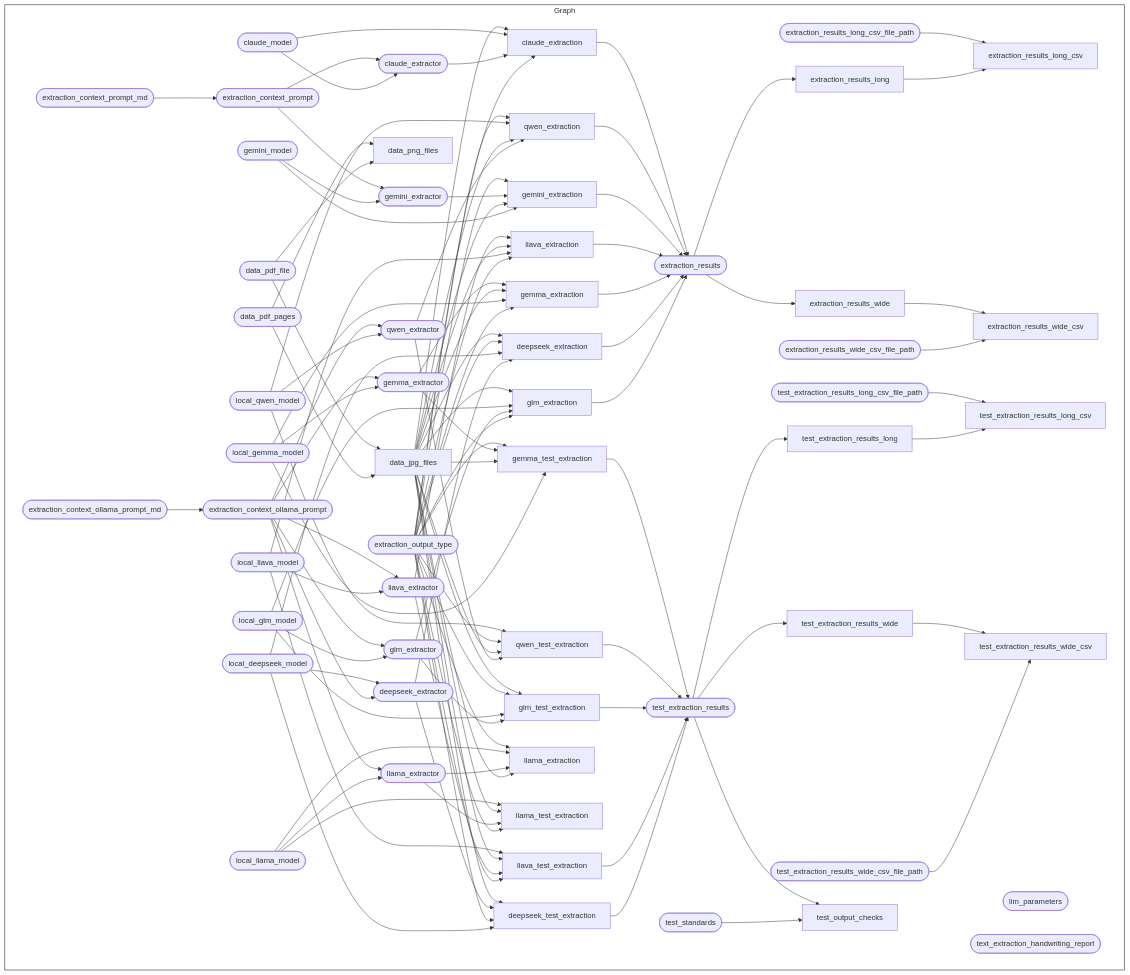
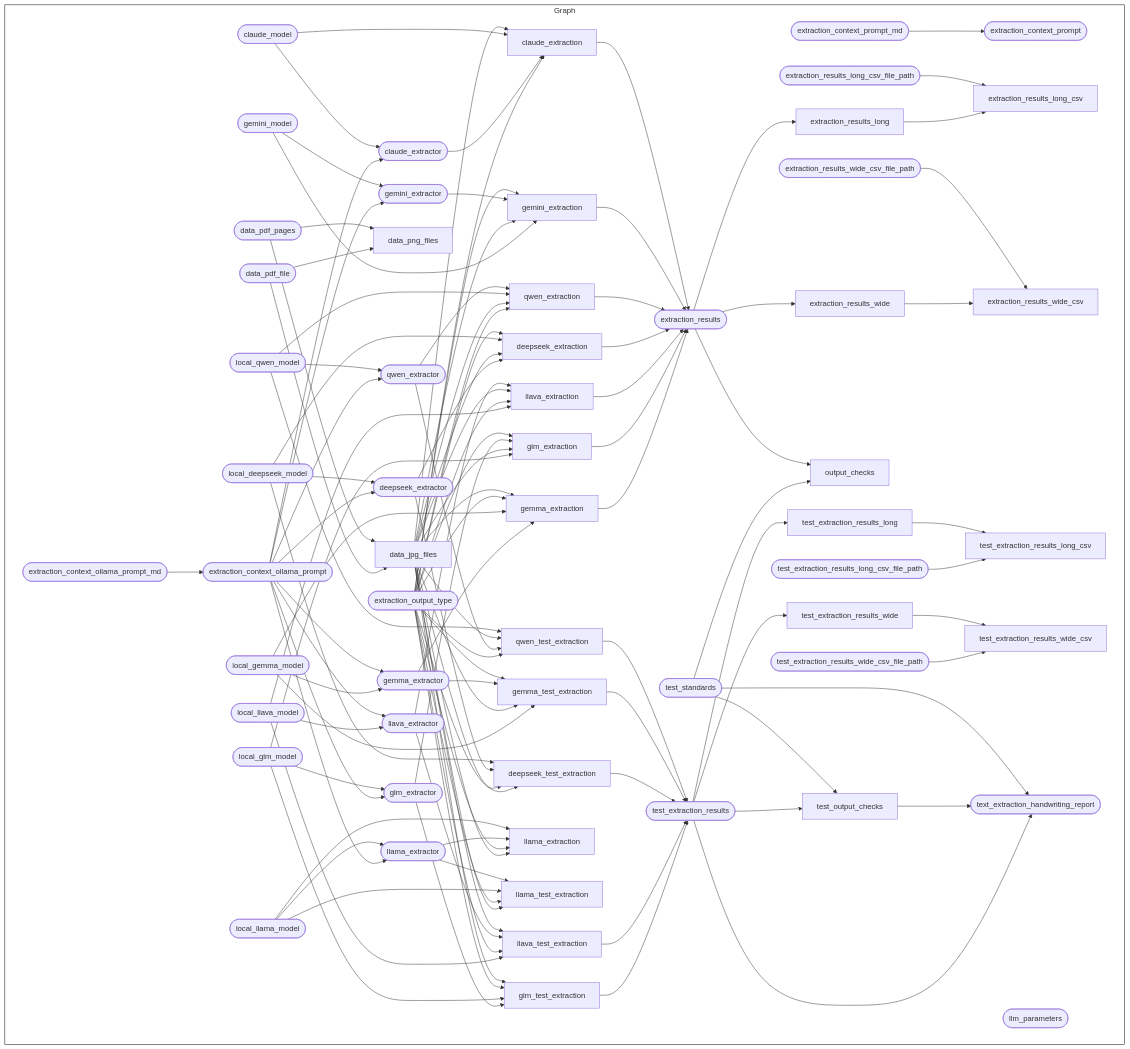
Before and after one commit to OxfordIHTM/computer-vision-demo: the diagram in README.md, drawn with Mermaid. The commit also changed other lines of this file and 26 other files, not shown here.

````diff
--- a/README.md
+++ b/README.md
@@ -289,107 +290,111 @@
     x39d4d013227f0dc3(["claude_model"]):::queued --> xbf558aaf2fd08c0e["claude_extraction"]:::queued
     x35a7fe2b14fea884(["claude_extractor"]):::queued --> xbf558aaf2fd08c0e["claude_extraction"]:::queued
     x487a49d42720222c(["extraction_output_type"]):::skipped --> xbf558aaf2fd08c0e["claude_extraction"]:::queued
-    x982a35c892e245ee(["extraction_context_prompt"]):::queued --> x35a7fe2b14fea884(["claude_extractor"]):::queued
     x39d4d013227f0dc3(["claude_model"]):::queued --> x35a7fe2b14fea884(["claude_extractor"]):::queued
+    xd80b74a2359c73d0(["extraction_context_ollama_prompt"]):::completed --> x35a7fe2b14fea884(["claude_extractor"]):::queued
+    xe79485d2cbaf929c(["data_pdf_pages"]):::skipped --> xcde58b2bce8a2260["data_jpg_files"]:::skipped
     xf64c2f26e3ae28ce(["data_pdf_file"]):::skipped --> xcde58b2bce8a2260["data_jpg_files"]:::skipped
-    xe79485d2cbaf929c(["data_pdf_pages"]):::skipped --> xcde58b2bce8a2260["data_jpg_files"]:::skipped
     xe79485d2cbaf929c(["data_pdf_pages"]):::skipped --> x6fd840ed377697c4["data_png_files"]:::queued
     xf64c2f26e3ae28ce(["data_pdf_file"]):::skipped --> x6fd840ed377697c4["data_png_files"]:::queued
-    xcde58b2bce8a2260["data_jpg_files"]:::skipped --> xb9f66fc85a4f1ea1["deepseek_extraction"]:::queued
     x487a49d42720222c(["extraction_output_type"]):::skipped --> xb9f66fc85a4f1ea1["deepseek_extraction"]:::queued
     xb957a37aad5b67c5(["local_deepseek_model"]):::completed --> xb9f66fc85a4f1ea1["deepseek_extraction"]:::queued
+    xcde58b2bce8a2260["data_jpg_files"]:::skipped --> xb9f66fc85a4f1ea1["deepseek_extraction"]:::queued
     xf407d53739ed0632(["deepseek_extractor"]):::skipped --> xb9f66fc85a4f1ea1["deepseek_extraction"]:::queued
     xb957a37aad5b67c5(["local_deepseek_model"]):::completed --> xf407d53739ed0632(["deepseek_extractor"]):::skipped
     xd80b74a2359c73d0(["extraction_context_ollama_prompt"]):::completed --> xf407d53739ed0632(["deepseek_extractor"]):::skipped
+    xb957a37aad5b67c5(["local_deepseek_model"]):::completed --> xe59d676cc895fc8f["deepseek_test_extraction"]:::skipped
+    xf407d53739ed0632(["deepseek_extractor"]):::skipped --> xe59d676cc895fc8f["deepseek_test_extraction"]:::skipped
     xcde58b2bce8a2260["data_jpg_files"]:::skipped --> xe59d676cc895fc8f["deepseek_test_extraction"]:::skipped
-    xf407d53739ed0632(["deepseek_extractor"]):::skipped --> xe59d676cc895fc8f["deepseek_test_extraction"]:::skipped
     x487a49d42720222c(["extraction_output_type"]):::skipped --> xe59d676cc895fc8f["deepseek_test_extraction"]:::skipped
-    xb957a37aad5b67c5(["local_deepseek_model"]):::completed --> xe59d676cc895fc8f["deepseek_test_extraction"]:::skipped
     x19b243cb36860f10(["extraction_context_ollama_prompt_md"]):::completed --> xd80b74a2359c73d0(["extraction_context_ollama_prompt"]):::completed
     xa765f8be0f1473b7(["extraction_context_prompt_md"]):::queued --> x982a35c892e245ee(["extraction_context_prompt"]):::queued
     xbf558aaf2fd08c0e["claude_extraction"]:::queued --> x36a3fb09f48c84c7(["extraction_results"]):::queued
+    xd63226de7dd05e61["gemini_extraction"]:::queued --> x36a3fb09f48c84c7(["extraction_results"]):::queued
     x5548d9f90749db86["qwen_extraction"]:::queued --> x36a3fb09f48c84c7(["extraction_results"]):::queued
-    xd63226de7dd05e61["gemini_extraction"]:::queued --> x36a3fb09f48c84c7(["extraction_results"]):::queued
+    xb9f66fc85a4f1ea1["deepseek_extraction"]:::queued --> x36a3fb09f48c84c7(["extraction_results"]):::queued
     x7d2a167978f3a966["llava_extraction"]:::queued --> x36a3fb09f48c84c7(["extraction_results"]):::queued
+    x16d463649734b662["glm_extraction"]:::queued --> x36a3fb09f48c84c7(["extraction_results"]):::queued
     x2f31c96882d08d36["gemma_extraction"]:::queued --> x36a3fb09f48c84c7(["extraction_results"]):::queued
-    xb9f66fc85a4f1ea1["deepseek_extraction"]:::queued --> x36a3fb09f48c84c7(["extraction_results"]):::queued
-    x16d463649734b662["glm_extraction"]:::queued --> x36a3fb09f48c84c7(["extraction_results"]):::queued
     x36a3fb09f48c84c7(["extraction_results"]):::queued --> x8d0712354e559233["extraction_results_long"]:::queued
     x3d451912683ea77d(["extraction_results_long_csv_file_path"]):::queued --> x15efcf7ece467769["extraction_results_long_csv"]:::queued
     x8d0712354e559233["extraction_results_long"]:::queued --> x15efcf7ece467769["extraction_results_long_csv"]:::queued
     x36a3fb09f48c84c7(["extraction_results"]):::queued --> x5baafa43a9804577["extraction_results_wide"]:::queued
+    xe76ac1fc000cad1c(["extraction_results_wide_csv_file_path"]):::queued --> x50046a33be0cfc05["extraction_results_wide_csv"]:::queued
     x5baafa43a9804577["extraction_results_wide"]:::queued --> x50046a33be0cfc05["extraction_results_wide_csv"]:::queued
-    xe76ac1fc000cad1c(["extraction_results_wide_csv_file_path"]):::queued --> x50046a33be0cfc05["extraction_results_wide_csv"]:::queued
     x487a49d42720222c(["extraction_output_type"]):::skipped --> xd63226de7dd05e61["gemini_extraction"]:::queued
     x8cb7c7e0b9710ea2(["gemini_extractor"]):::queued --> xd63226de7dd05e61["gemini_extraction"]:::queued
     xcde58b2bce8a2260["data_jpg_files"]:::skipped --> xd63226de7dd05e61["gemini_extraction"]:::queued
     x672b0658cd7f304b(["gemini_model"]):::queued --> xd63226de7dd05e61["gemini_extraction"]:::queued
-    x982a35c892e245ee(["extraction_context_prompt"]):::queued --> x8cb7c7e0b9710ea2(["gemini_extractor"]):::queued
     x672b0658cd7f304b(["gemini_model"]):::queued --> x8cb7c7e0b9710ea2(["gemini_extractor"]):::queued
-    xbdacf1efe57d11ba(["gemma_extractor"]):::skipped --> x2f31c96882d08d36["gemma_extraction"]:::queued
+    xd80b74a2359c73d0(["extraction_context_ollama_prompt"]):::completed --> x8cb7c7e0b9710ea2(["gemini_extractor"]):::queued
     xcde58b2bce8a2260["data_jpg_files"]:::skipped --> x2f31c96882d08d36["gemma_extraction"]:::queued
+    x487a49d42720222c(["extraction_output_type"]):::skipped --> x2f31c96882d08d36["gemma_extraction"]:::queued
     xba597cd142706396(["local_gemma_model"]):::completed --> x2f31c96882d08d36["gemma_extraction"]:::queued
-    x487a49d42720222c(["extraction_output_type"]):::skipped --> x2f31c96882d08d36["gemma_extraction"]:::queued
-    xd80b74a2359c73d0(["extraction_context_ollama_prompt"]):::completed --> xbdacf1efe57d11ba(["gemma_extractor"]):::skipped
-    xba597cd142706396(["local_gemma_model"]):::completed --> xbdacf1efe57d11ba(["gemma_extractor"]):::skipped
-    x487a49d42720222c(["extraction_output_type"]):::skipped --> x883eafa12b623704["gemma_test_extraction"]:::skipped
-    xbdacf1efe57d11ba(["gemma_extractor"]):::skipped --> x883eafa12b623704["gemma_test_extraction"]:::skipped
-    xcde58b2bce8a2260["data_jpg_files"]:::skipped --> x883eafa12b623704["gemma_test_extraction"]:::skipped
-    xba597cd142706396(["local_gemma_model"]):::completed --> x883eafa12b623704["gemma_test_extraction"]:::skipped
+    xbdacf1efe57d11ba(["gemma_extractor"]):::completed --> x2f31c96882d08d36["gemma_extraction"]:::queued
+    xd80b74a2359c73d0(["extraction_context_ollama_prompt"]):::completed --> xbdacf1efe57d11ba(["gemma_extractor"]):::completed
+    xba597cd142706396(["local_gemma_model"]):::completed --> xbdacf1efe57d11ba(["gemma_extractor"]):::completed
+    x487a49d42720222c(["extraction_output_type"]):::skipped --> x883eafa12b623704["gemma_test_extraction"]:::completed
+    xbdacf1efe57d11ba(["gemma_extractor"]):::completed --> x883eafa12b623704["gemma_test_extraction"]:::completed
+    xcde58b2bce8a2260["data_jpg_files"]:::skipped --> x883eafa12b623704["gemma_test_extraction"]:::completed
+    xba597cd142706396(["local_gemma_model"]):::completed --> x883eafa12b623704["gemma_test_extraction"]:::completed
+    x487a49d42720222c(["extraction_output_type"]):::skipped --> x16d463649734b662["glm_extraction"]:::queued
+    x86c1ea9adbe526ba(["glm_extractor"]):::skipped --> x16d463649734b662["glm_extraction"]:::queued
     xcde58b2bce8a2260["data_jpg_files"]:::skipped --> x16d463649734b662["glm_extraction"]:::queued
     x4d89d139c5b326de(["local_glm_model"]):::completed --> x16d463649734b662["glm_extraction"]:::queued
-    x86c1ea9adbe526ba(["glm_extractor"]):::skipped --> x16d463649734b662["glm_extraction"]:::queued
-    x487a49d42720222c(["extraction_output_type"]):::skipped --> x16d463649734b662["glm_extraction"]:::queued
+    x4d89d139c5b326de(["local_glm_model"]):::completed --> x86c1ea9adbe526ba(["glm_extractor"]):::skipped
     xd80b74a2359c73d0(["extraction_context_ollama_prompt"]):::completed --> x86c1ea9adbe526ba(["glm_extractor"]):::skipped
-    x4d89d139c5b326de(["local_glm_model"]):::completed --> x86c1ea9adbe526ba(["glm_extractor"]):::skipped
     xcde58b2bce8a2260["data_jpg_files"]:::skipped --> x18f94be61c65c2fd["glm_test_extraction"]:::skipped
     x487a49d42720222c(["extraction_output_type"]):::skipped --> x18f94be61c65c2fd["glm_test_extraction"]:::skipped
     x4d89d139c5b326de(["local_glm_model"]):::completed --> x18f94be61c65c2fd["glm_test_extraction"]:::skipped
     x86c1ea9adbe526ba(["glm_extractor"]):::skipped --> x18f94be61c65c2fd["glm_test_extraction"]:::skipped
-    x487a49d42720222c(["extraction_output_type"]):::skipped --> x6f31f87e06ee8820["llama_extraction"]:::queued
     x99f03a7148fda570(["local_llama_model"]):::queued --> x6f31f87e06ee8820["llama_extraction"]:::queued
     xf54b87b127ae79c8(["llama_extractor"]):::queued --> x6f31f87e06ee8820["llama_extraction"]:::queued
+    x487a49d42720222c(["extraction_output_type"]):::skipped --> x6f31f87e06ee8820["llama_extraction"]:::queued
     xcde58b2bce8a2260["data_jpg_files"]:::skipped --> x6f31f87e06ee8820["llama_extraction"]:::queued
+    x99f03a7148fda570(["local_llama_model"]):::queued --> xf54b87b127ae79c8(["llama_extractor"]):::queued
     xd80b74a2359c73d0(["extraction_context_ollama_prompt"]):::completed --> xf54b87b127ae79c8(["llama_extractor"]):::queued
-    x99f03a7148fda570(["local_llama_model"]):::queued --> xf54b87b127ae79c8(["llama_extractor"]):::queued
+    xf54b87b127ae79c8(["llama_extractor"]):::queued --> x292cd34918802a30["llama_test_extraction"]:::queued
     x99f03a7148fda570(["local_llama_model"]):::queued --> x292cd34918802a30["llama_test_extraction"]:::queued
+    x487a49d42720222c(["extraction_output_type"]):::skipped --> x292cd34918802a30["llama_test_extraction"]:::queued
     xcde58b2bce8a2260["data_jpg_files"]:::skipped --> x292cd34918802a30["llama_test_extraction"]:::queued
-    xf54b87b127ae79c8(["llama_extractor"]):::queued --> x292cd34918802a30["llama_test_extraction"]:::queued
-    x487a49d42720222c(["extraction_output_type"]):::skipped --> x292cd34918802a30["llama_test_extraction"]:::queued
     x0de051b4924b82bb(["llava_extractor"]):::skipped --> x7d2a167978f3a966["llava_extraction"]:::queued
     xcde58b2bce8a2260["data_jpg_files"]:::skipped --> x7d2a167978f3a966["llava_extraction"]:::queued
+    x487a49d42720222c(["extraction_output_type"]):::skipped --> x7d2a167978f3a966["llava_extraction"]:::queued
     x0621d4c5bb5ff06b(["local_llava_model"]):::completed --> x7d2a167978f3a966["llava_extraction"]:::queued
-    x487a49d42720222c(["extraction_output_type"]):::skipped --> x7d2a167978f3a966["llava_extraction"]:::queued
     xd80b74a2359c73d0(["extraction_context_ollama_prompt"]):::completed --> x0de051b4924b82bb(["llava_extractor"]):::skipped
     x0621d4c5bb5ff06b(["local_llava_model"]):::completed --> x0de051b4924b82bb(["llava_extractor"]):::skipped
-    x0621d4c5bb5ff06b(["local_llava_model"]):::completed --> x9b13583cb72b43c0["llava_test_extraction"]:::skipped
     xcde58b2bce8a2260["data_jpg_files"]:::skipped --> x9b13583cb72b43c0["llava_test_extraction"]:::skipped
     x0de051b4924b82bb(["llava_extractor"]):::skipped --> x9b13583cb72b43c0["llava_test_extraction"]:::skipped
     x487a49d42720222c(["extraction_output_type"]):::skipped --> x9b13583cb72b43c0["llava_test_extraction"]:::skipped
-    x487a49d42720222c(["extraction_output_type"]):::skipped --> x5548d9f90749db86["qwen_extraction"]:::queued
+    x0621d4c5bb5ff06b(["local_llava_model"]):::completed --> x9b13583cb72b43c0["llava_test_extraction"]:::skipped
+    x36a3fb09f48c84c7(["extraction_results"]):::queued --> x0ba7e42c6572d158["output_checks"]:::queued
+    xa1ac5495d621ec68(["test_standards"]):::skipped --> x0ba7e42c6572d158["output_checks"]:::queued
+    x15a3fb4d9a651239(["qwen_extractor"]):::skipped --> x5548d9f90749db86["qwen_extraction"]:::queued
     x01ce8cbced893885(["local_qwen_model"]):::completed --> x5548d9f90749db86["qwen_extraction"]:::queued
     xcde58b2bce8a2260["data_jpg_files"]:::skipped --> x5548d9f90749db86["qwen_extraction"]:::queued
-    x15a3fb4d9a651239(["qwen_extractor"]):::skipped --> x5548d9f90749db86["qwen_extraction"]:::queued
+    x487a49d42720222c(["extraction_output_type"]):::skipped --> x5548d9f90749db86["qwen_extraction"]:::queued
+    x01ce8cbced893885(["local_qwen_model"]):::completed --> x15a3fb4d9a651239(["qwen_extractor"]):::skipped
     xd80b74a2359c73d0(["extraction_context_ollama_prompt"]):::completed --> x15a3fb4d9a651239(["qwen_extractor"]):::skipped
-    x01ce8cbced893885(["local_qwen_model"]):::completed --> x15a3fb4d9a651239(["qwen_extractor"]):::skipped
     x01ce8cbced893885(["local_qwen_model"]):::completed --> xd726feef05e5de04["qwen_test_extraction"]:::skipped
-    x487a49d42720222c(["extraction_output_type"]):::skipped --> xd726feef05e5de04["qwen_test_extraction"]:::skipped
     xcde58b2bce8a2260["data_jpg_files"]:::skipped --> xd726feef05e5de04["qwen_test_extraction"]:::skipped
     x15a3fb4d9a651239(["qwen_extractor"]):::skipped --> xd726feef05e5de04["qwen_test_extraction"]:::skipped
-    x883eafa12b623704["gemma_test_extraction"]:::skipped --> x5911de9f8f2c35da(["test_extraction_results"]):::skipped
-    xd726feef05e5de04["qwen_test_extraction"]:::skipped --> x5911de9f8f2c35da(["test_extraction_results"]):::skipped
-    x18f94be61c65c2fd["glm_test_extraction"]:::skipped --> x5911de9f8f2c35da(["test_extraction_results"]):::skipped
-    x9b13583cb72b43c0["llava_test_extraction"]:::skipped --> x5911de9f8f2c35da(["test_extraction_results"]):::skipped
-    xe59d676cc895fc8f["deepseek_test_extraction"]:::skipped --> x5911de9f8f2c35da(["test_extraction_results"]):::skipped
-    x5911de9f8f2c35da(["test_extraction_results"]):::skipped --> x0cedacbe5d53f81e["test_extraction_results_long"]:::queued
+    x487a49d42720222c(["extraction_output_type"]):::skipped --> xd726feef05e5de04["qwen_test_extraction"]:::skipped
+    xd726feef05e5de04["qwen_test_extraction"]:::skipped --> x5911de9f8f2c35da(["test_extraction_results"]):::completed
+    x883eafa12b623704["gemma_test_extraction"]:::completed --> x5911de9f8f2c35da(["test_extraction_results"]):::completed
+    xe59d676cc895fc8f["deepseek_test_extraction"]:::skipped --> x5911de9f8f2c35da(["test_extraction_results"]):::completed
+    x9b13583cb72b43c0["llava_test_extraction"]:::skipped --> x5911de9f8f2c35da(["test_extraction_results"]):::completed
+    x18f94be61c65c2fd["glm_test_extraction"]:::skipped --> x5911de9f8f2c35da(["test_extraction_results"]):::completed
+    x5911de9f8f2c35da(["test_extraction_results"]):::completed --> x0cedacbe5d53f81e["test_extraction_results_long"]:::queued
+    x0cedacbe5d53f81e["test_extraction_results_long"]:::queued --> x02f9b883d8636b1f["test_extraction_results_long_csv"]:::queued
     x29b97fbbae90fc87(["test_extraction_results_long_csv_file_path"]):::queued --> x02f9b883d8636b1f["test_extraction_results_long_csv"]:::queued
-    x0cedacbe5d53f81e["test_extraction_results_long"]:::queued --> x02f9b883d8636b1f["test_extraction_results_long_csv"]:::queued
-    x5911de9f8f2c35da(["test_extraction_results"]):::skipped --> x175d0c31cb304b2e["test_extraction_results_wide"]:::queued
+    x5911de9f8f2c35da(["test_extraction_results"]):::completed --> x175d0c31cb304b2e["test_extraction_results_wide"]:::queued
     x175d0c31cb304b2e["test_extraction_results_wide"]:::queued --> xb1c6a2247c4c5b75["test_extraction_results_wide_csv"]:::queued
     xd809c765cde4125f(["test_extraction_results_wide_csv_file_path"]):::queued --> xb1c6a2247c4c5b75["test_extraction_results_wide_csv"]:::queued
-    x5911de9f8f2c35da(["test_extraction_results"]):::skipped --> x0867df0aee86c553["test_output_checks"]:::completed
-    xa1ac5495d621ec68(["test_standards"]):::skipped --> x0867df0aee86c553["test_output_checks"]:::completed
+    xa1ac5495d621ec68(["test_standards"]):::skipped --> x0867df0aee86c553["test_output_checks"]:::errored
+    x5911de9f8f2c35da(["test_extraction_results"]):::completed --> x0867df0aee86c553["test_output_checks"]:::errored
+    xa1ac5495d621ec68(["test_standards"]):::skipped --> xec2d391ea0f39691(["text_extraction_handwriting_report"]):::queued
+    x0867df0aee86c553["test_output_checks"]:::errored --> xec2d391ea0f39691(["text_extraction_handwriting_report"]):::queued
+    x5911de9f8f2c35da(["test_extraction_results"]):::completed --> xec2d391ea0f39691(["text_extraction_handwriting_report"]):::queued
     xa87a62a227d5e627(["llm_parameters"]):::queued
-    xec2d391ea0f39691(["text_extraction_handwriting_report"]):::queued
   end
 ```
````
